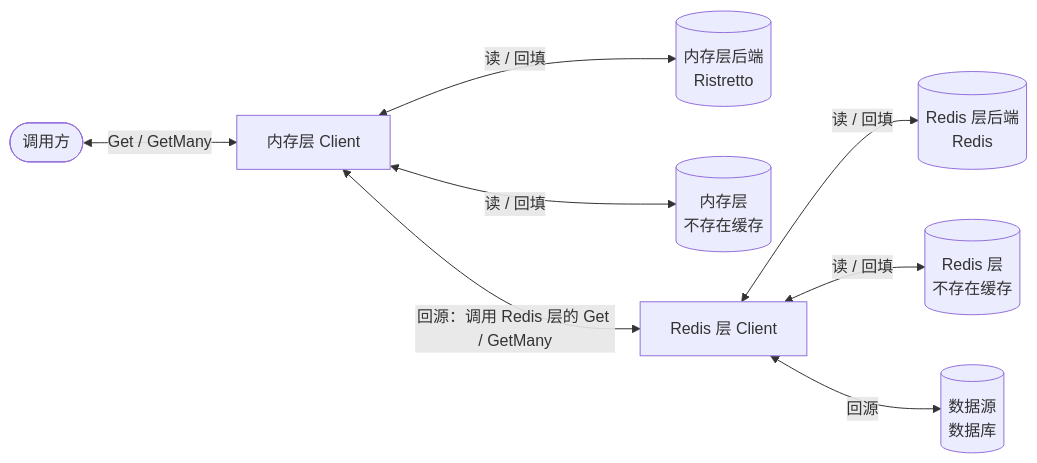
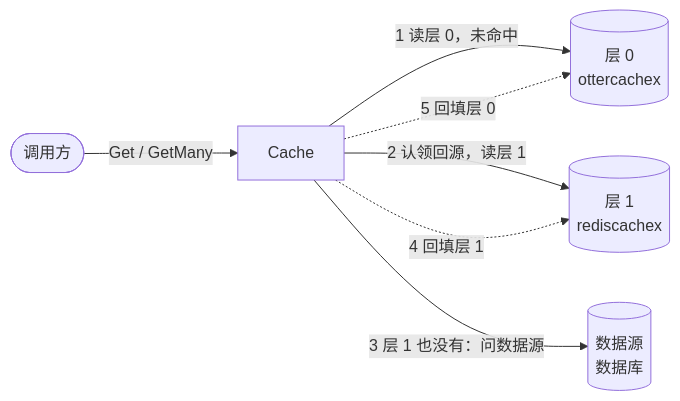
Before and after one commit to theplant/cachex: the first of 2 diagrams in docs/design.md, drawn with Mermaid. The commit also changed other lines of this file and 19 other files, not shown here.

````diff
--- a/docs/design.md
+++ b/docs/design.md
@@ -42,19 +56,15 @@
 ```mermaid
 flowchart LR
     caller([调用方])
-    L1[内存层 Client]
-    B1[(内存层后端<br/>Ristretto)]
-    N1[(内存层<br/>不存在缓存)]
-    L2[Redis 层 Client]
-    B2[(Redis 层后端<br/>Redis)]
-    N2[(Redis 层<br/>不存在缓存)]
+    C[Cache]
+    L0[(层 0<br/>ottercachex)]
+    L1[(层 1<br/>rediscachex)]
     SRC[(数据源<br/>数据库)]
 
-    caller <-->|"Get / GetMany"| L1
-    L1 <-->|"读 / 回填"| B1
-    L1 <-->|"读 / 回填"| N1
-    L1 <-->|"回源：调用 Redis 层的 Get / GetMany"| L2
-    L2 <-->|"读 / 回填"| B2
-    L2 <-->|"读 / 回填"| N2
-    L2 <-->|"回源"| SRC
+    caller -->|"Get / GetMany"| C
+    C -->|"1 读层 0，未命中"| L0
+    C -->|"2 认领回源，读层 1"| L1
+    C -->|"3 层 1 也没有：问数据源"| SRC
+    C -.->|"4 回填层 1"| L1
+    C -.->|"5 回填层 0"| L0
 ```
````
